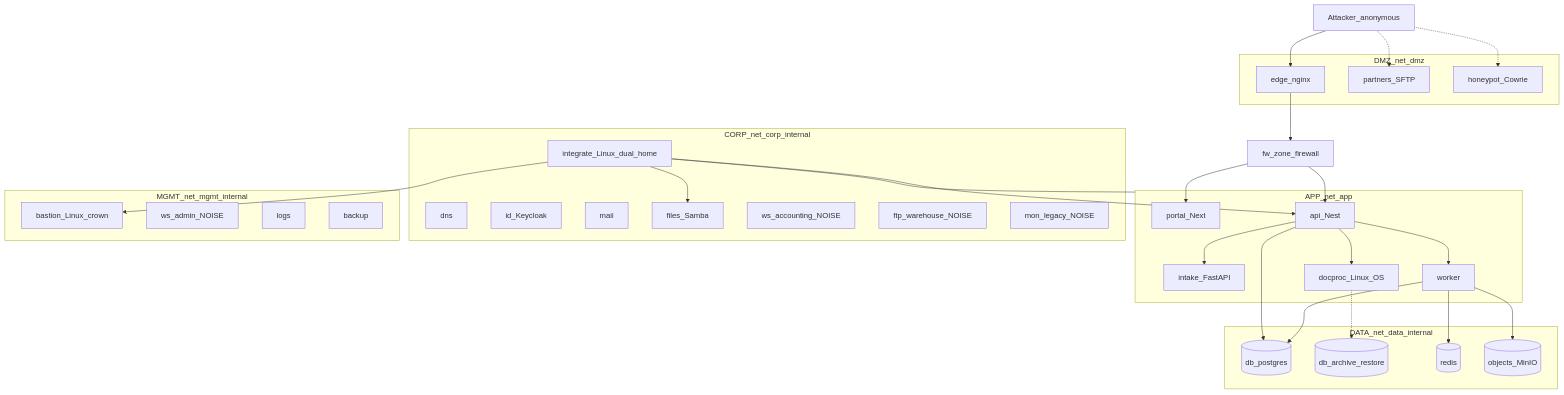
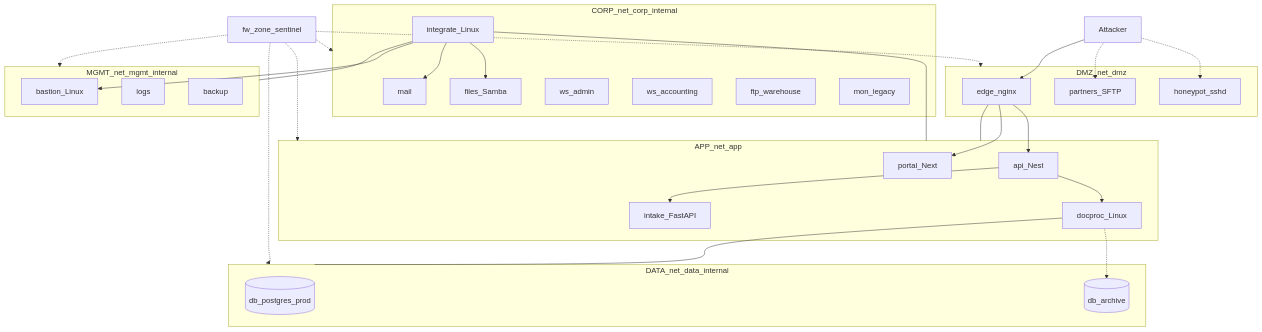
One commit to KLJr-Dev/KC-Project changed the diagram in docs/diagrams/c10-v1.10.0-topology.md. Above: the diagram before and after it, drawn with Mermaid. The commit also changed other lines of this file and 90 other files, not shown here.

````diff
--- a/docs/diagrams/c10-v1.10.0-topology.md
+++ b/docs/diagrams/c10-v1.10.0-topology.md
@@ -13,65 +15,65 @@
 ```mermaid
 flowchart TB
-  attacker[Attacker_anonymous]
+  attacker[Attacker]
 
   subgraph dmz [DMZ_net_dmz]
     edge[edge_nginx]
     partners[partners_SFTP]
-    honeypot[honeypot_Cowrie]
+    honeypot[honeypot_sshd]
   end
 
-  fw[fw_zone_firewall]
+  fw[fw_zone_sentinel]
 
   subgraph app [APP_net_app]
     portal[portal_Next]
     api[api_Nest]
     intake[intake_FastAPI]
-    worker[worker]
-    docproc[docproc_Linux_OS]
+    docproc[docproc_Linux]
   end
 
   subgraph data [DATA_net_data_internal]
-    db[(db_postgres)]
-    dbarch[(db_archive_restore)]
-    redis[(redis)]
-    objects[(objects_MinIO)]
+    db[(db_postgres_prod)]
+    dbarch[(db_archive)]
   end
 
   subgraph corp [CORP_net_corp_internal]
-    dns[dns]
-    id[id_Keycloak]
     mail[mail]
     files[files_Samba]
-    integrate[integrate_Linux_dual_home]
-    wsAcc[ws_accounting_NOISE]
-    ftpWh[ftp_warehouse_NOISE]
-    mon[mon_legacy_NOISE]
+    integrate[integrate_Linux]
+    wsAdm[ws_admin]
+    wsAcc[ws_accounting]
+    ftpWh[ftp_warehouse]
+    mon[mon_legacy]
   end
 
   subgraph mgmt [MGMT_net_mgmt_internal]
-    bastion[bastion_Linux_crown]
-    wsAdm[ws_admin_NOISE]
+    bastion[bastion_Linux]
     logs[logs]
     backup[backup]
   end
 
   attacker --> edge
   attacker -.-> partners
   attacker -.-> honeypot
-  edge --> fw
-  fw --> portal
-  fw --> api
+
+  edge --- app
+  edge --> portal
+  edge --> api
   api --> intake
-  api --> worker
   api --> docproc
-  api --> db
-  worker --> redis
-  worker --> objects
-  worker --> db
+  docproc --- data
   docproc -.-> dbarch
+
   integrate --- app
   integrate --- corp
-  integrate --> api
+  integrate --- mgmt
   integrate --> files
+  integrate --> mail
   integrate --> bastion
+
+  fw -.-> dmz
+  fw -.-> app
+  fw -.-> data
+  fw -.-> corp
+  fw -.-> mgmt
 ```
````
